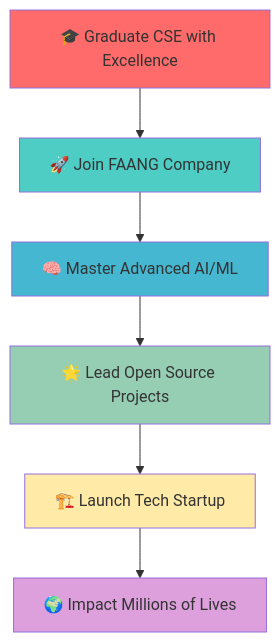
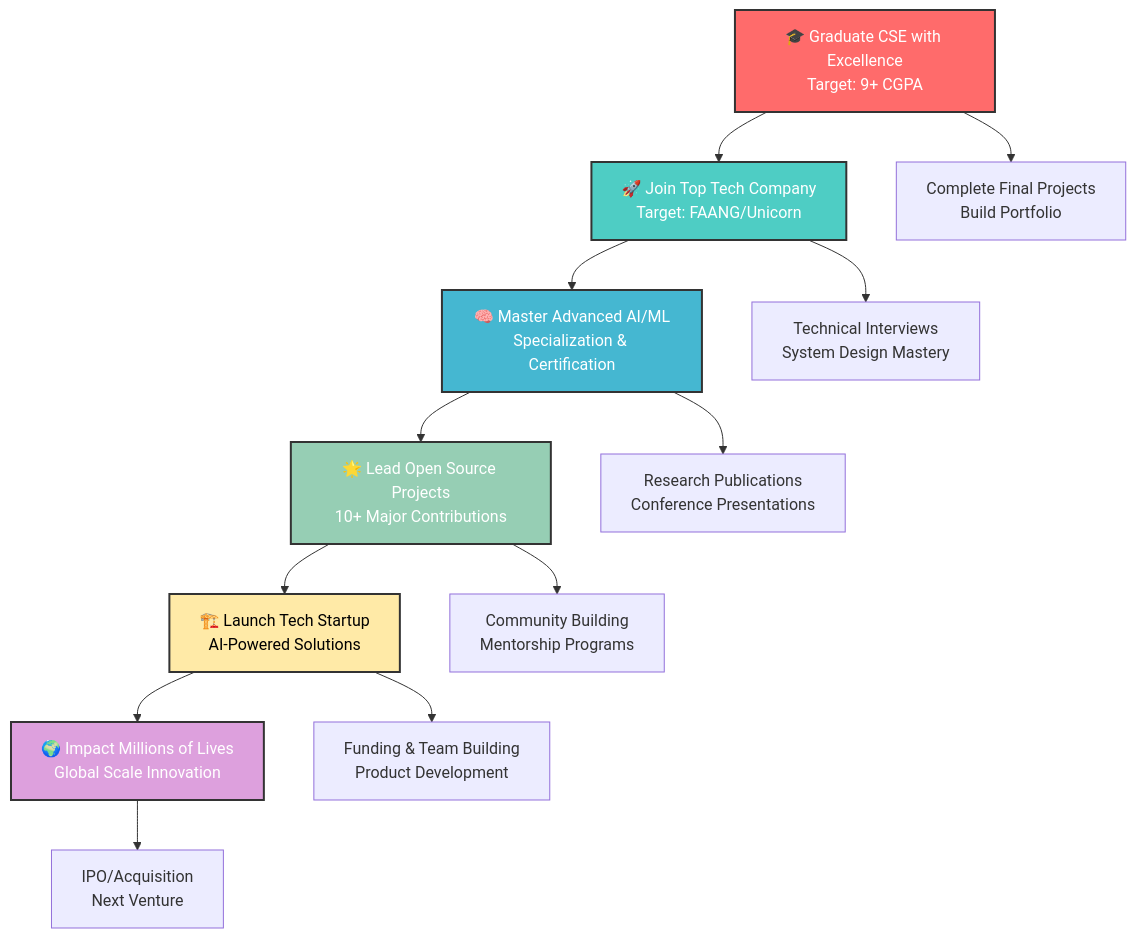
The diagram in README.md (adityadhimaann/adityadhimaann), drawn with Mermaid before and after one commit. The commit also changed other lines of this file, not shown here.

````diff
--- a/README.md
+++ b/README.md
@@ -469,15 +628,22 @@
 ```mermaid
 graph TD
-    A[🎓 Graduate CSE with Excellence] --> B[🚀 Join FAANG Company]
-    B --> C[🧠 Master Advanced AI/ML]
-    C --> D[🌟 Lead Open Source Projects]
-    D --> E[🏗️ Launch Tech Startup]
-    E --> F[🌍 Impact Millions of Lives]
+    A[🎓 Graduate CSE with Excellence<br/>Target: 9+ CGPA] --> B[🚀 Join Top Tech Company<br/>Target: FAANG/Unicorn]
+    B --> C[🧠 Master Advanced AI/ML<br/>Specialization & Certification]
+    C --> D[🌟 Lead Open Source Projects<br/>10+ Major Contributions]
+    D --> E[🏗️ Launch Tech Startup<br/>AI-Powered Solutions]
+    E --> F[🌍 Impact Millions of Lives<br/>Global Scale Innovation]
     
-    style A fill:#FF6B6B
-    style B fill:#4ECDC4
-    style C fill:#45B7D1
-    style D fill:#96CEB4
-    style E fill:#FFEAA7
-    style F fill:#DDA0DD
+    A --> A1[Complete Final Projects<br/>Build Portfolio]
+    B --> B1[Technical Interviews<br/>System Design Mastery]
+    C --> C1[Research Publications<br/>Conference Presentations]
+    D --> D1[Community Building<br/>Mentorship Programs]
+    E --> E1[Funding & Team Building<br/>Product Development]
+    F --> F1[IPO/Acquisition<br/>Next Venture]
+    
+    style A fill:#FF6B6B,stroke:#333,stroke-width:2px,color:#fff
+    style B fill:#4ECDC4,stroke:#333,stroke-width:2px,color:#fff
+    style C fill:#45B7D1,stroke:#333,stroke-width:2px,color:#fff
+    style D fill:#96CEB4,stroke:#333,stroke-width:2px,color:#fff
+    style E fill:#FFEAA7,stroke:#333,stroke-width:2px,color:#000
+    style F fill:#DDA0DD,stroke:#333,stroke-width:2px,color:#fff
 ```
````
